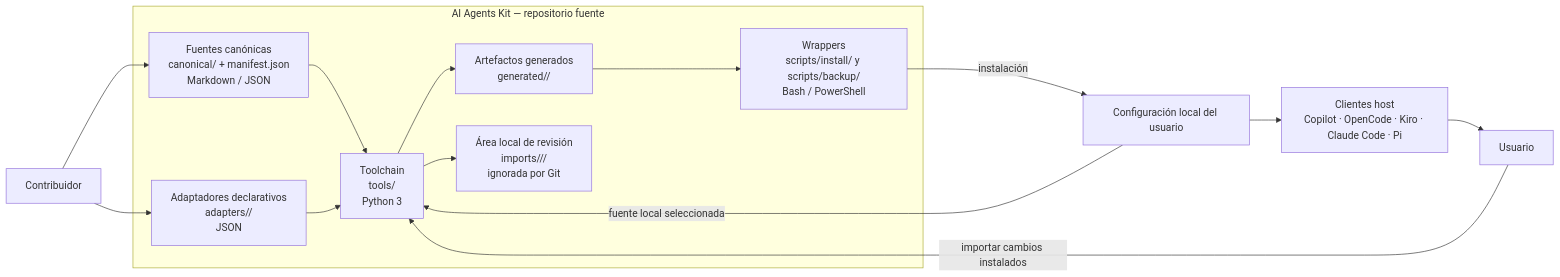
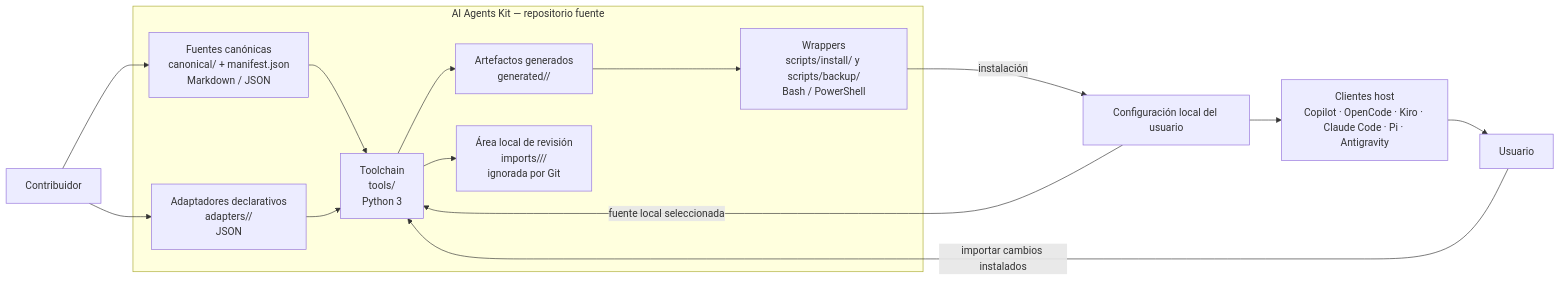
One commit to furthurr/ai-agents-kit changed the diagram in .architecture/03-containers.md. Above: the diagram before and after it, drawn with Mermaid. The commit also changed 67 other files, not shown here.

````diff
--- a/.architecture/03-containers.md
+++ b/.architecture/03-containers.md
@@ -7,30 +7,30 @@
 ```mermaid
 flowchart LR
   contributor["Contribuidor"]
   user["Usuario"]
 
   subgraph repo["AI Agents Kit — repositorio fuente"]
     canonical["Fuentes canónicas\ncanonical/ + manifest.json\nMarkdown / JSON"]
     adapters["Adaptadores declarativos\nadapters/<plataforma>/\nJSON"]
     tools["Toolchain\ntools/\nPython 3"]
     generated["Artefactos generados\ngenerated/<plataforma>/"]
     scripts["Wrappers\nscripts/install/ y scripts/backup/\nBash / PowerShell"]
     imports["Área local de revisión\nimports/<plataforma>/<fecha>/\nignorada por Git"]
   end
 
   config["Configuración local del usuario"]
-  hosts["Clientes host\nCopilot · OpenCode · Kiro · Claude Code · Pi"]
+  hosts["Clientes host\nCopilot · OpenCode · Kiro · Claude Code · Pi · Antigravity"]
 
   contributor --> canonical
   contributor --> adapters
   canonical --> tools
   adapters --> tools
   tools --> generated
   generated --> scripts
   scripts -->|instalación| config
   config --> hosts
   hosts --> user
   user -->|importar cambios instalados| tools
   config -->|fuente local seleccionada| tools
   tools --> imports
 ```
````
